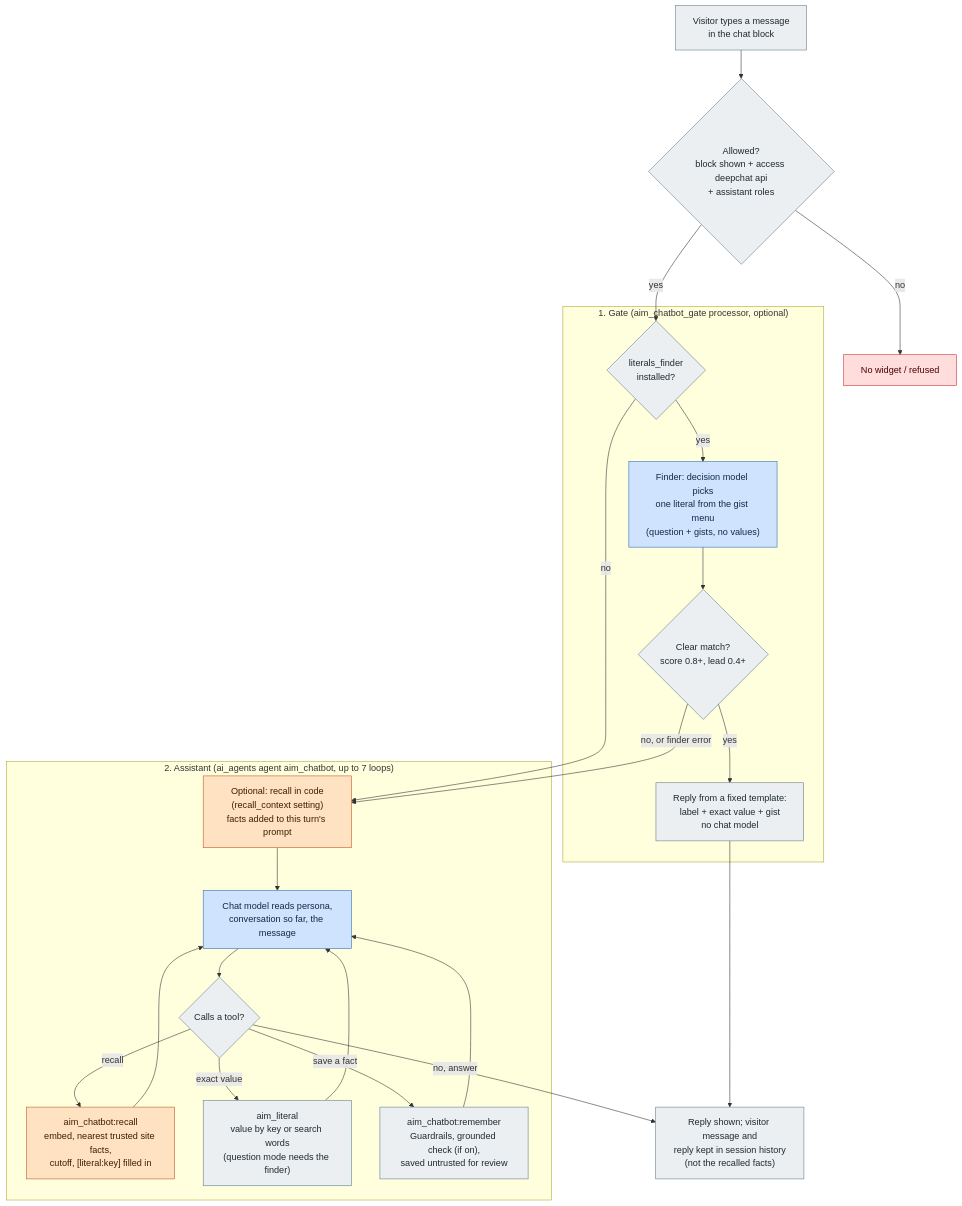
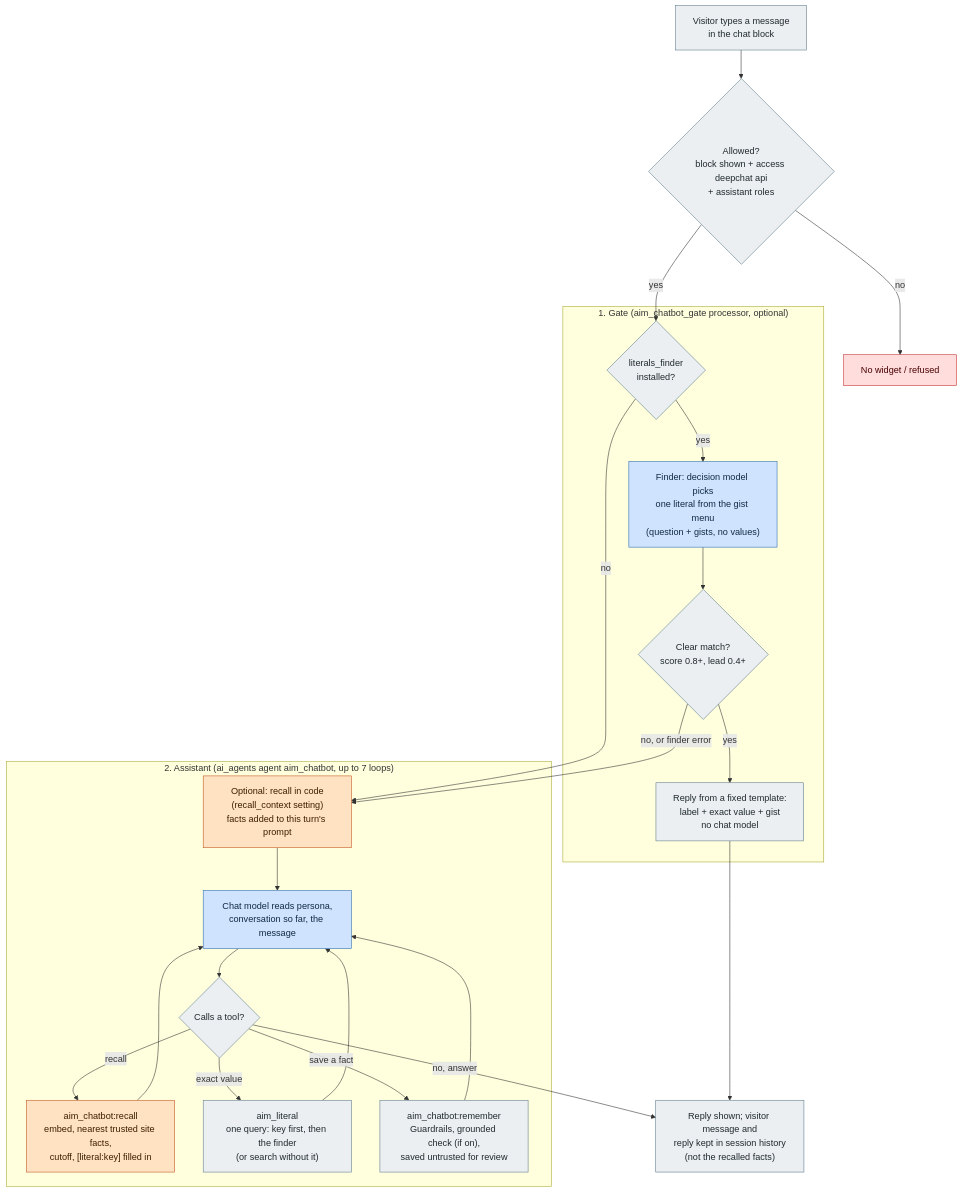
The sixth of 6 diagrams in adr/workflow-diagram.md (NikLP/aim), drawn with Mermaid before and after one commit. The commit also changed 7 other files, not shown here.

First line of the commit message:
aim_tool: aim_literal takes one query, routed to the finder when enabled

````diff
--- a/adr/workflow-diagram.md
+++ b/adr/workflow-diagram.md
@@ -362,42 +362,42 @@
 ```mermaid
 flowchart TD
   classDef llm fill:#cfe3ff,stroke:#2b6cb0,color:#102a43
   classDef vec fill:#ffe2c2,stroke:#c05621,color:#3d1f00
   classDef code fill:#eceff1,stroke:#607d8b,color:#1f2a30
   classDef bad fill:#fdd,stroke:#c53030,color:#4a0000
 
   V["Visitor types a message<br/>in the chat block"]:::code
   ACC{"Allowed?<br/>block shown + access deepchat api<br/>+ assistant roles"}:::code
   NO["No widget / refused"]:::bad
 
   subgraph GATE["1. Gate (aim_chatbot_gate processor, optional)"]
     G1{"literals_finder<br/>installed?"}:::code
     G2["Finder: decision model picks<br/>one literal from the gist menu<br/>(question + gists, no values)"]:::llm
     G3{"Clear match?<br/>score 0.8+, lead 0.4+"}:::code
     G4["Reply from a fixed template:<br/>label + exact value + gist<br/>no chat model"]:::code
   end
 
   subgraph AGENT["2. Assistant (ai_agents agent aim_chatbot, up to 7 loops)"]
     P["Optional: recall in code<br/>(recall_context setting)<br/>facts added to this turn's prompt"]:::vec
     M["Chat model reads persona,<br/>conversation so far, the message"]:::llm
     T{"Calls a tool?"}:::code
     R["aim_chatbot:recall<br/>embed, nearest trusted site facts,<br/>cutoff, [literal:key] filled in"]:::vec
-    L["aim_literal<br/>value by key or search words<br/>(question mode needs the finder)"]:::code
+    L["aim_literal<br/>one query: key first, then the finder<br/>(or search without it)"]:::code
     W["aim_chatbot:remember<br/>Guardrails, grounded check (if on),<br/>saved untrusted for review"]:::code
   end
 
   OUT["Reply shown; visitor message and<br/>reply kept in session history<br/>(not the recalled facts)"]:::code
 
   V --> ACC
   ACC -->|no| NO
   ACC -->|yes| G1
   G1 -->|no| P
   G1 -->|yes| G2 --> G3
   G3 -->|yes| G4 --> OUT
   G3 -->|"no, or finder error"| P
   P --> M --> T
   T -->|recall| R --> M
   T -->|exact value| L --> M
   T -->|save a fact| W --> M
   T -->|"no, answer"| OUT
 ```
````
